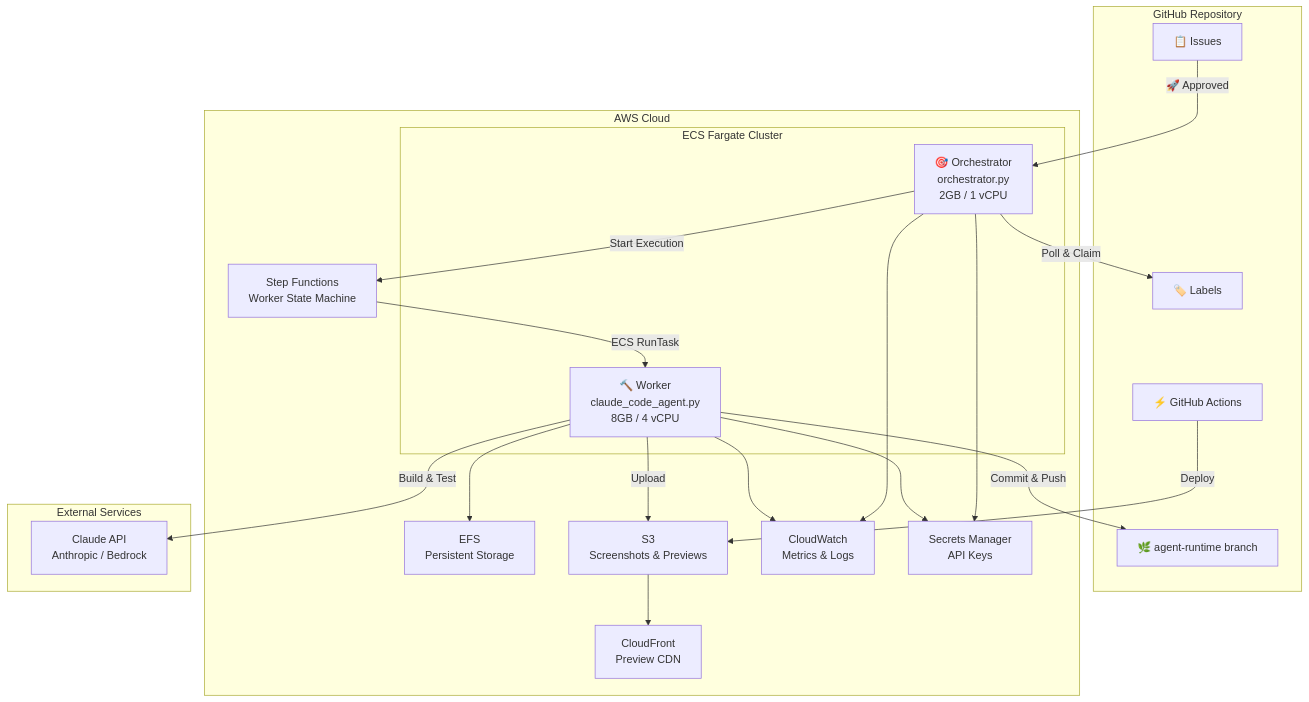
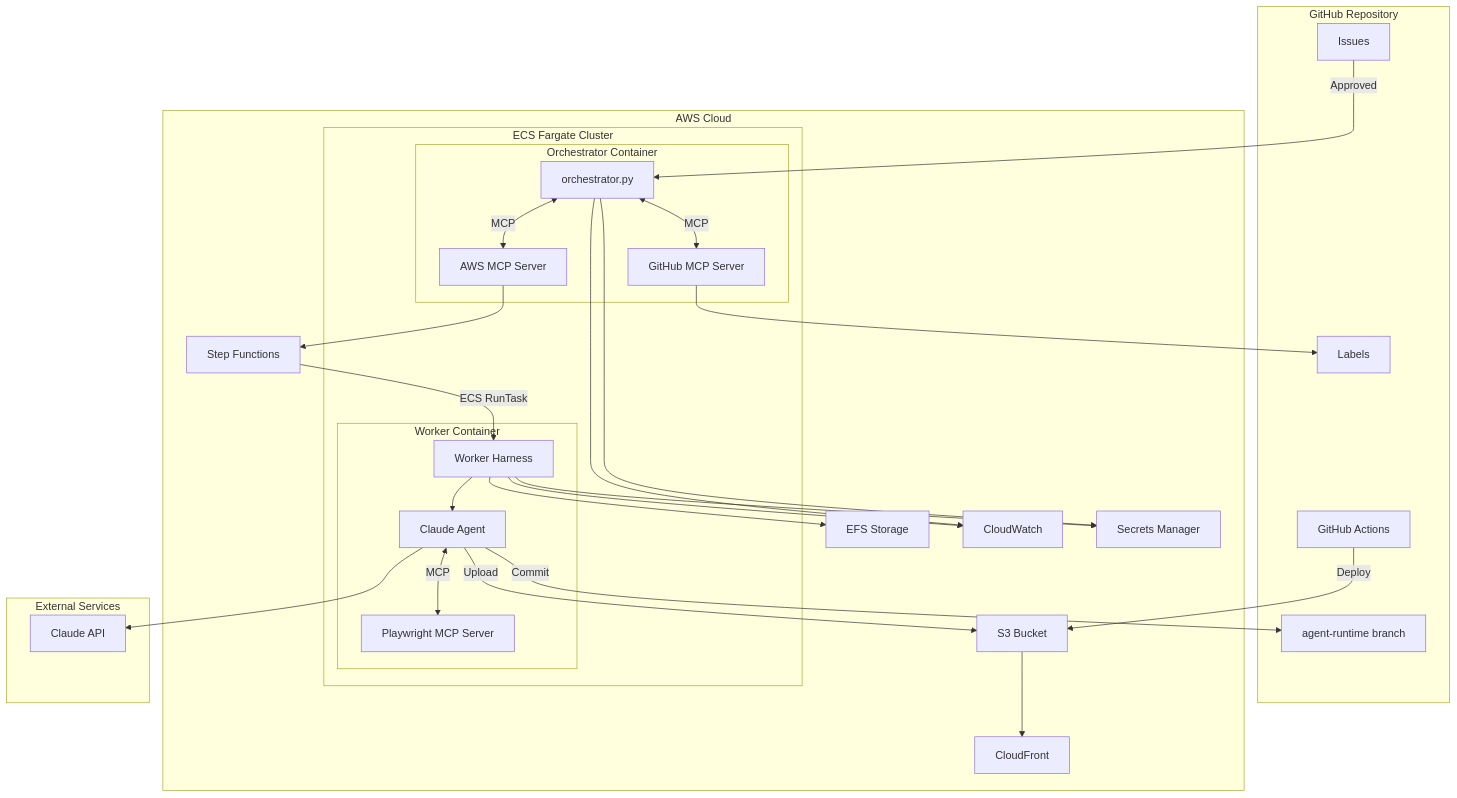
One commit to jawhnycooke/riv2025-long-horizon-coding-agent-demo changed the first of 9 diagrams in README.md. Above: the diagram before and after it, drawn with Mermaid. The commit also changed other lines of this file and 7 other files, not shown here.

First line of the commit message:
feat: Implement harness-enforced agent architecture

````diff
--- a/README.md
+++ b/README.md
@@ -9,42 +20,54 @@
 ```mermaid
 flowchart TB
     subgraph GitHub["GitHub Repository"]
-        Issues["📋 Issues"]
-        Labels["🏷️ Labels"]
-        Branch["🌿 agent-runtime branch"]
-        Actions["⚡ GitHub Actions"]
+        Issues["Issues"]
+        Labels["Labels"]
+        Branch["agent-runtime branch"]
+        Actions["GitHub Actions"]
     end
 
     subgraph AWS["AWS Cloud"]
         subgraph ECS["ECS Fargate Cluster"]
-            Orch["🎯 Orchestrator<br/>orchestrator.py<br/>2GB / 1 vCPU"]
-            Worker["🔨 Worker<br/>claude_code_agent.py<br/>8GB / 4 vCPU"]
+            subgraph OrcContainer["Orchestrator Container"]
+                Orch["orchestrator.py"]
+                GitHubMCP["GitHub MCP Server"]
+                AWSMCP["AWS MCP Server"]
+            end
+            subgraph WorkContainer["Worker Container"]
+                Harness["Worker Harness"]
+                Agent["Claude Agent"]
+                PlaywrightMCP["Playwright MCP Server"]
+            end
         end
 
-        SFN["Step Functions<br/>Worker State Machine"]
-        EFS["EFS<br/>Persistent Storage"]
-        S3["S3<br/>Screenshots & Previews"]
-        CF["CloudFront<br/>Preview CDN"]
-        CW["CloudWatch<br/>Metrics & Logs"]
-        SM["Secrets Manager<br/>API Keys"]
+        SFN["Step Functions"]
+        EFS["EFS Storage"]
+        S3["S3 Bucket"]
+        CF["CloudFront"]
+        CW["CloudWatch"]
+        SM["Secrets Manager"]
     end
 
     subgraph External["External Services"]
-        Claude["Claude API<br/>Anthropic / Bedrock"]
+        Claude["Claude API"]
     end
 
-    Issues -->|"🚀 Approved"| Orch
-    Orch -->|"Poll & Claim"| Labels
-    Orch -->|"Start Execution"| SFN
-    SFN -->|"ECS RunTask"| Worker
-    Worker -->|"Build & Test"| Claude
-    Worker -->|"Commit & Push"| Branch
-    Worker -->|"Upload"| S3
+    Issues -->|"Approved"| Orch
+    Orch <-->|"MCP"| GitHubMCP
+    Orch <-->|"MCP"| AWSMCP
+    GitHubMCP --> Labels
+    AWSMCP --> SFN
+    SFN -->|"ECS RunTask"| Harness
+    Harness --> Agent
+    Agent <-->|"MCP"| PlaywrightMCP
+    Agent --> Claude
+    Agent -->|"Commit"| Branch
+    Agent -->|"Upload"| S3
     S3 --> CF
-    Worker --> EFS
+    Harness --> EFS
     Orch --> CW
-    Worker --> CW
+    Harness --> CW
     Orch --> SM
-    Worker --> SM
+    Harness --> SM
     Actions -->|"Deploy"| S3
 ```
````
